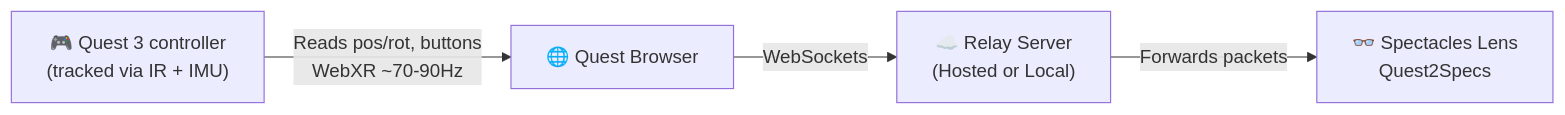
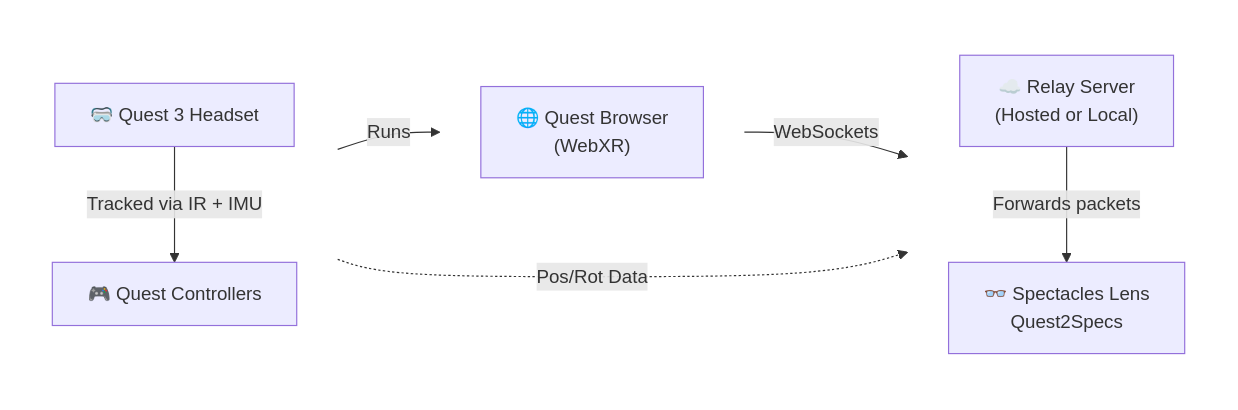
One commit to amirmohideen/Quest2Specs changed the diagram in README.md. Above: the diagram before and after it, drawn with Mermaid.

````diff
--- a/README.md
+++ b/README.md
@@ -136,6 +136,25 @@
 ```mermaid
 flowchart LR
-  Quest["🎮 Quest 3 controller<br>(tracked via IR + IMU)"] -->|"Reads pos/rot, buttons<br>WebXR ~70-90Hz"| Browser["🌐 Quest Browser"]
-  Browser -->|"WebSockets"| Server["☁️ Relay Server<br>(Hosted or Local)"]
-  Server -->|"Forwards packets"| Lens["👓 Spectacles Lens<br>Quest2Specs"]
+  subgraph col1 [ ]
+    direction TB
+    Quest3["🥽 Quest 3 Headset"] -->|"Tracked via IR + IMU"| Controllers["🎮 Quest Controllers"]
+  end
+  
+  subgraph col2 [ ]
+    direction TB
+    Browser["🌐 Quest Browser<br>(WebXR)"]
+  end
+  
+  subgraph col3 [ ]
+    direction TB
+    Server["☁️ Relay Server<br>(Hosted or Local)"] -->|"Forwards packets"| Lens["👓 Spectacles Lens<br>Quest2Specs"]
+  end
+  
+  Quest3 -->|"Runs"| Browser
+  Browser -->|"WebSockets"| Server
+  Controllers -.->|"Pos/Rot Data"| Server
+  
+  style col1 fill:transparent,stroke:transparent
+  style col2 fill:transparent,stroke:transparent
+  style col3 fill:transparent,stroke:transparent
 ```
````
